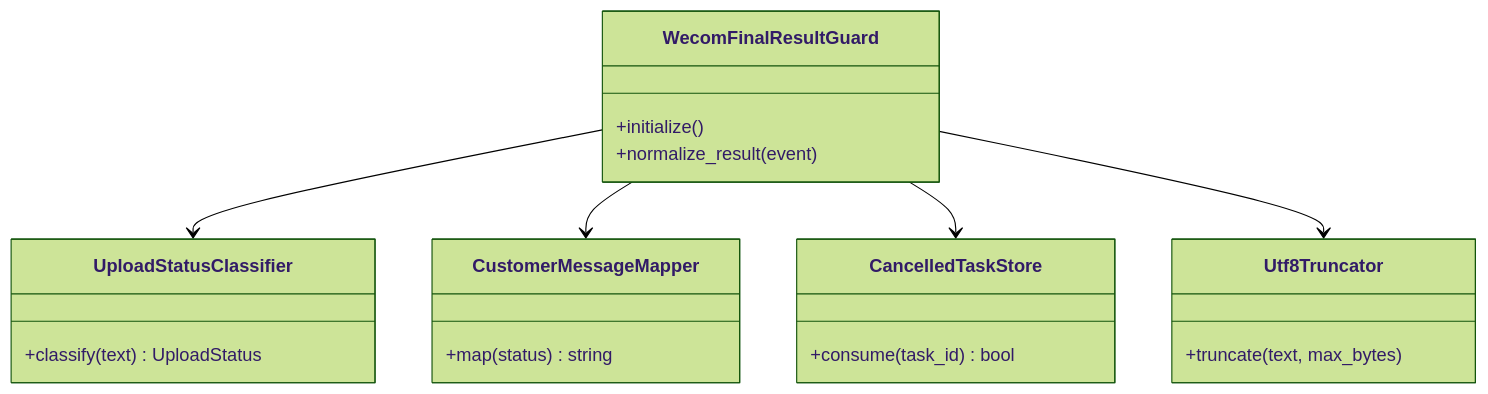
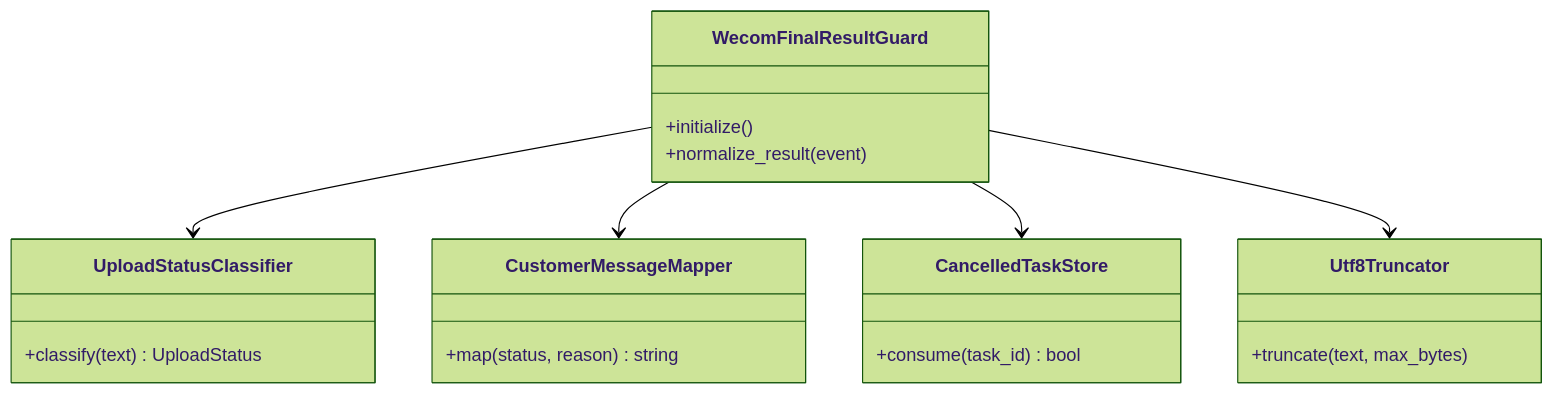
The first of 3 diagrams in plugins/astrbot_plugin_wecom_final_result_guard/README.md (Ri0n72Y/ContractBotConfig), drawn with Mermaid (forest theme) before and after one commit. The commit also changed other lines of this file, not shown here.

Commit message:
docs: document blocked reason mapping

````diff
--- a/plugins/astrbot_plugin_wecom_final_result_guard/README.md
+++ b/plugins/astrbot_plugin_wecom_final_result_guard/README.md
@@ -17,28 +18,28 @@
 ```mermaid
 classDiagram
     class WecomFinalResultGuard {
         +initialize()
         +normalize_result(event)
     }
 
     class UploadStatusClassifier {
         +classify(text) UploadStatus
     }
 
     class CustomerMessageMapper {
-        +map(status) string
+        +map(status, reason) string
     }
 
     class CancelledTaskStore {
         +consume(task_id) bool
     }
 
     class Utf8Truncator {
         +truncate(text, max_bytes)
     }
 
     WecomFinalResultGuard --> UploadStatusClassifier
     WecomFinalResultGuard --> CustomerMessageMapper
     WecomFinalResultGuard --> CancelledTaskStore
     WecomFinalResultGuard --> Utf8Truncator
 ```
````
